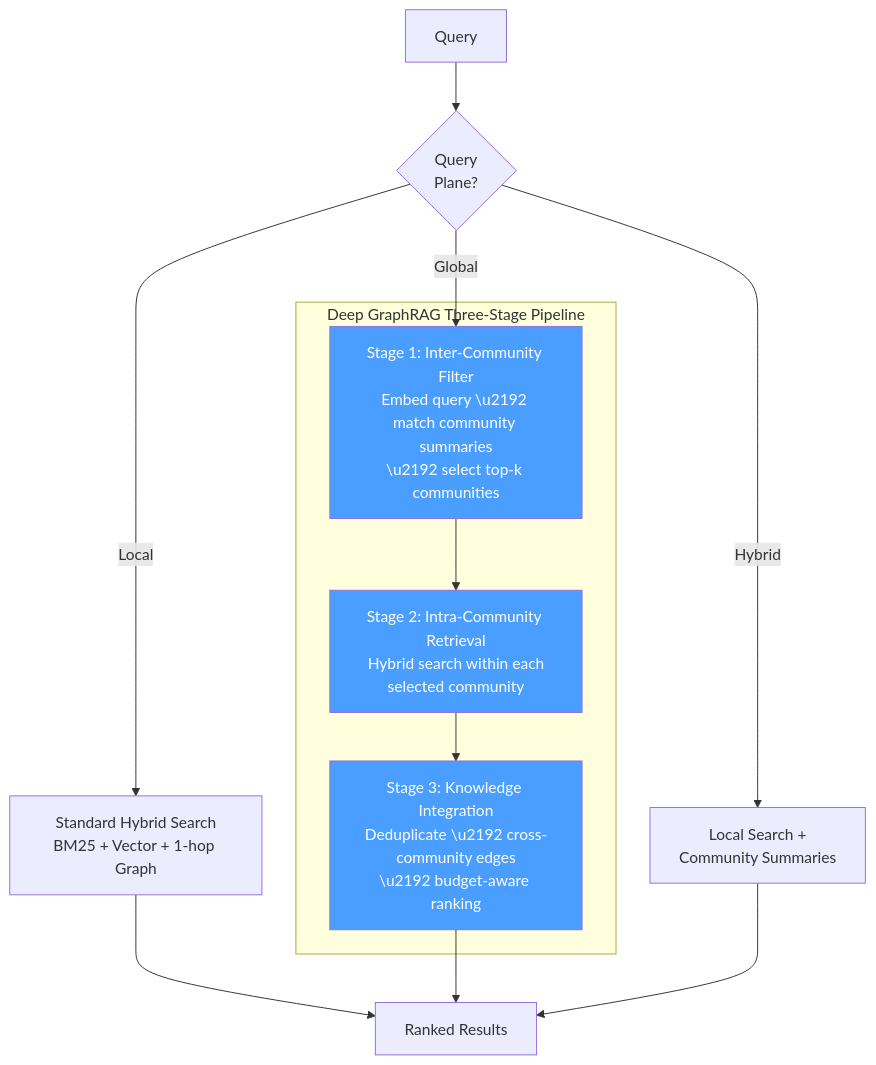
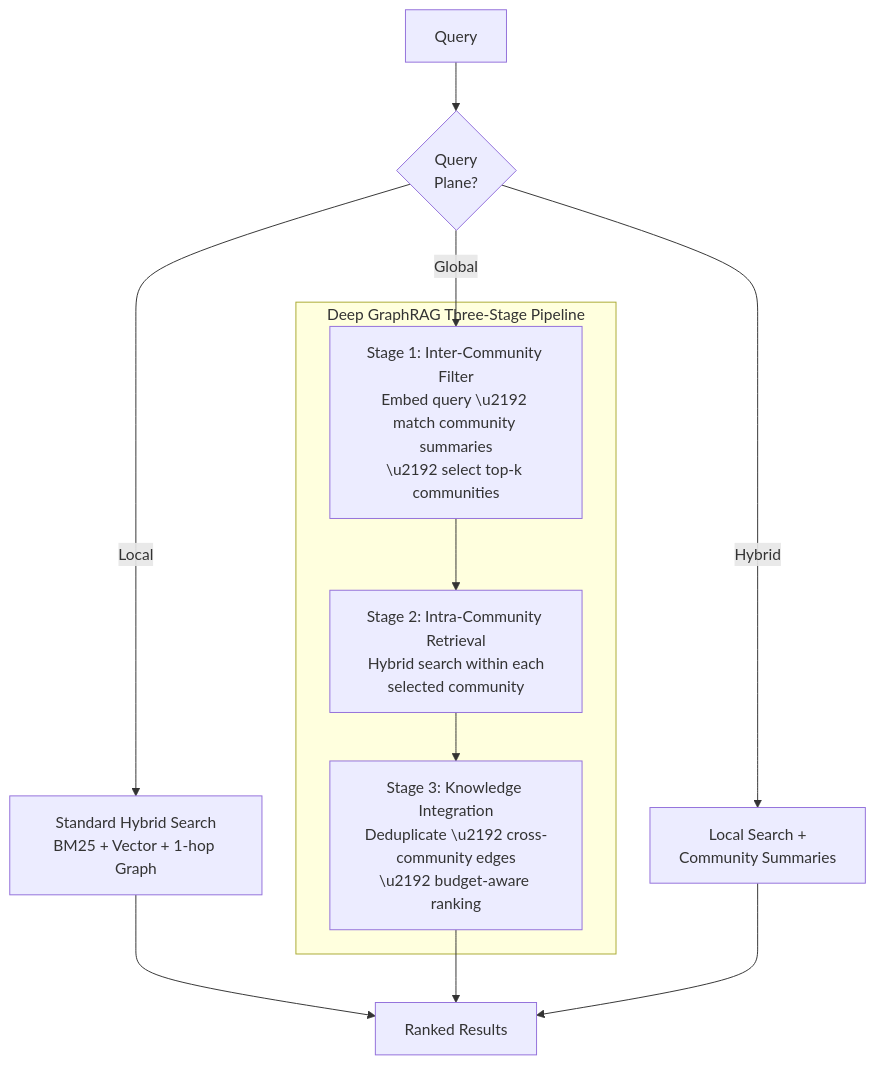
The tenth of 18 diagrams in ENGRAM.md (elisplash/paw), drawn with Mermaid before and after one commit. The commit also changed other lines of this file, not shown here.

Commit message:
docs: add mermaid diagrams throughout ENGRAM.md for visual improvement

````diff
--- a/ENGRAM.md
+++ b/ENGRAM.md
@@ -823,22 +806,19 @@
 ```mermaid
 flowchart TD
     Q["Query"] --> ROUTER{"Query\nPlane?"}
 
     ROUTER -- Local --> LOCAL["Standard Hybrid Search\nBM25 + Vector + 1-hop Graph"]
     ROUTER -- Global --> S1
     ROUTER -- Hybrid --> BOTH["Local Search +\nCommunity Summaries"]
 
     subgraph Pipeline["Deep GraphRAG Three-Stage Pipeline"]
         S1["Stage 1: Inter-Community Filter\nEmbed query \u2192 match community summaries\n\u2192 select top-k communities"]
         S1 --> S2["Stage 2: Intra-Community Retrieval\nHybrid search within each\nselected community"]
         S2 --> S3["Stage 3: Knowledge Integration\nDeduplicate \u2192 cross-community edges\n\u2192 budget-aware ranking"]
     end
 
     LOCAL --> RESULTS["Ranked Results"]
     S3 --> RESULTS
     BOTH --> RESULTS
 
-    style S1 fill:#4a9eff,color:#fff
-    style S2 fill:#4a9eff,color:#fff
-    style S3 fill:#4a9eff,color:#fff
 ```
````
